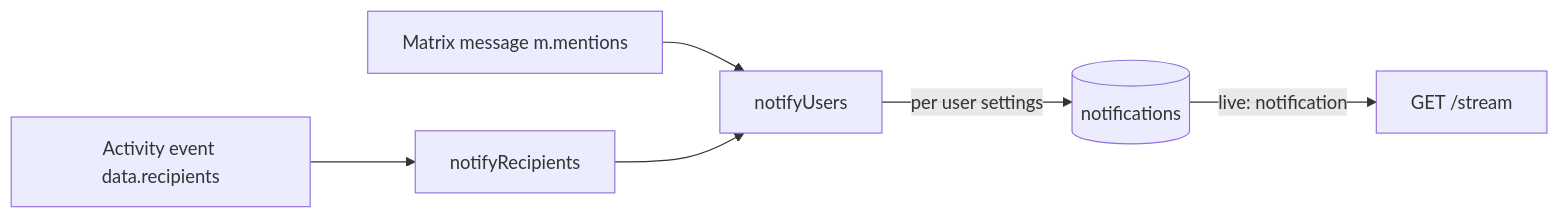
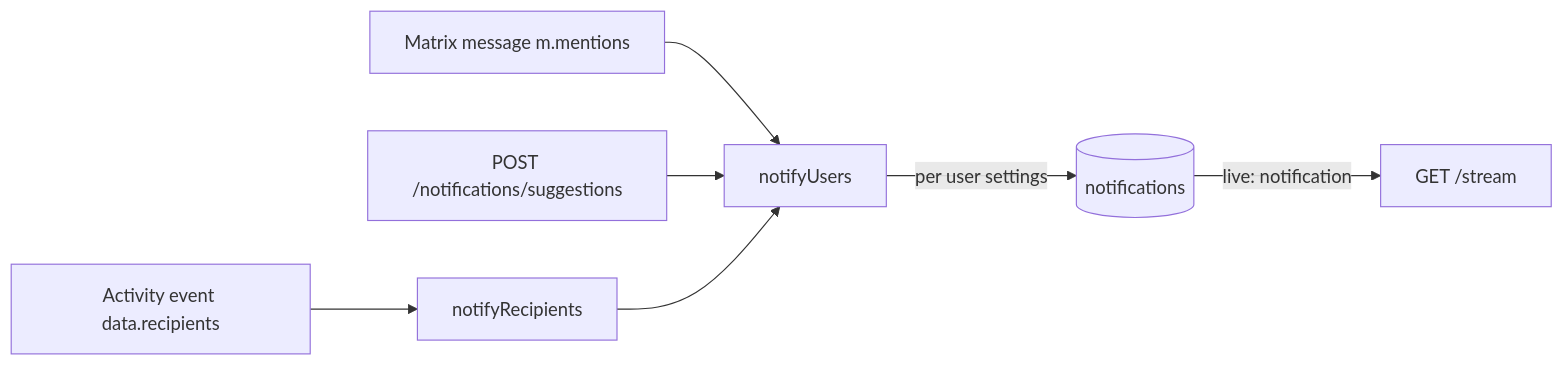
Before and after one commit to linagora/twake-space: the fourth of 5 diagrams in docs/events.md, drawn with Mermaid. The commit also changed other lines of this file and 5 other files, not shown here.

````diff
--- a/docs/events.md
+++ b/docs/events.md
@@ -263,8 +269,9 @@
 ```mermaid
 flowchart LR
   AE[Activity event data.recipients] --> NR[notifyRecipients]
   MM[Matrix message m.mentions] --> NU[notifyUsers]
+  AS[POST /notifications/suggestions] --> NU
   NR --> NU
   NU -->|per user settings| N[(notifications)]
   N -->|live: notification| SSE[GET /stream]
 ```
````
